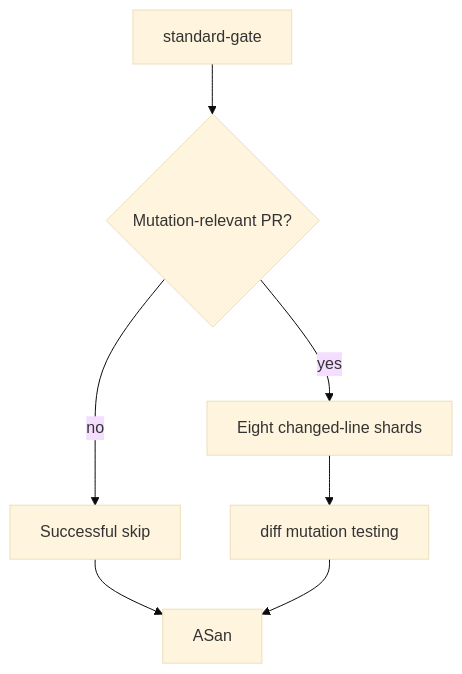
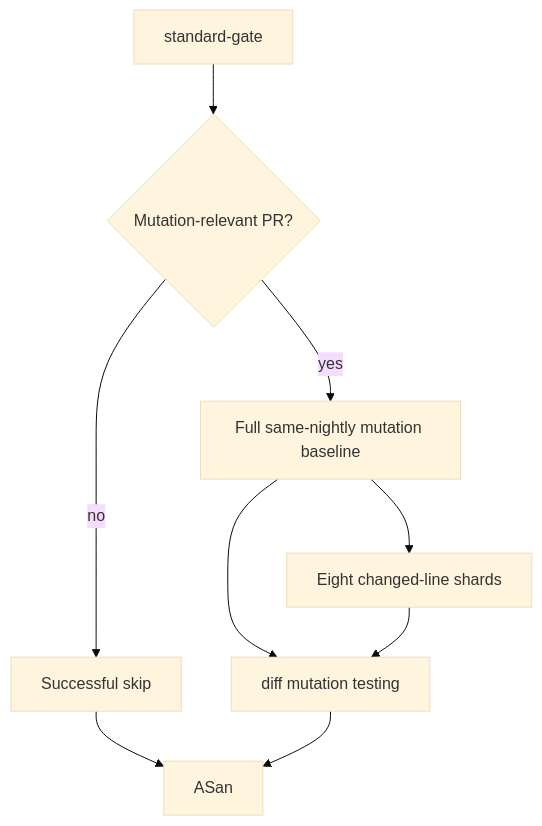
One commit to arceushui/pigloros changed the ninth of 14 diagrams in CONTRIBUTING.md. Above: the diagram before and after it, drawn with Mermaid (base theme). The commit also changed other lines of this file and 1 other file, not shown here.

Commit message:
test(ci): reject inert mutation programs and align gate guide

````diff
--- a/CONTRIBUTING.md
+++ b/CONTRIBUTING.md
@@ -275,9 +284,11 @@
 ```mermaid
 flowchart TD
     G["standard-gate"] --> R{"Mutation-relevant PR?"}
     R -->|"no"| S["Successful skip"]
-    R -->|"yes"| M["Eight changed-line shards"]
+    R -->|"yes"| B["Full same-nightly mutation baseline"]
+    B --> M["Eight changed-line shards"]
+    B --> MG["diff mutation testing"]
     M --> MG["diff mutation testing"]
     S --> A["ASan"]
     MG --> A
 ```
````
